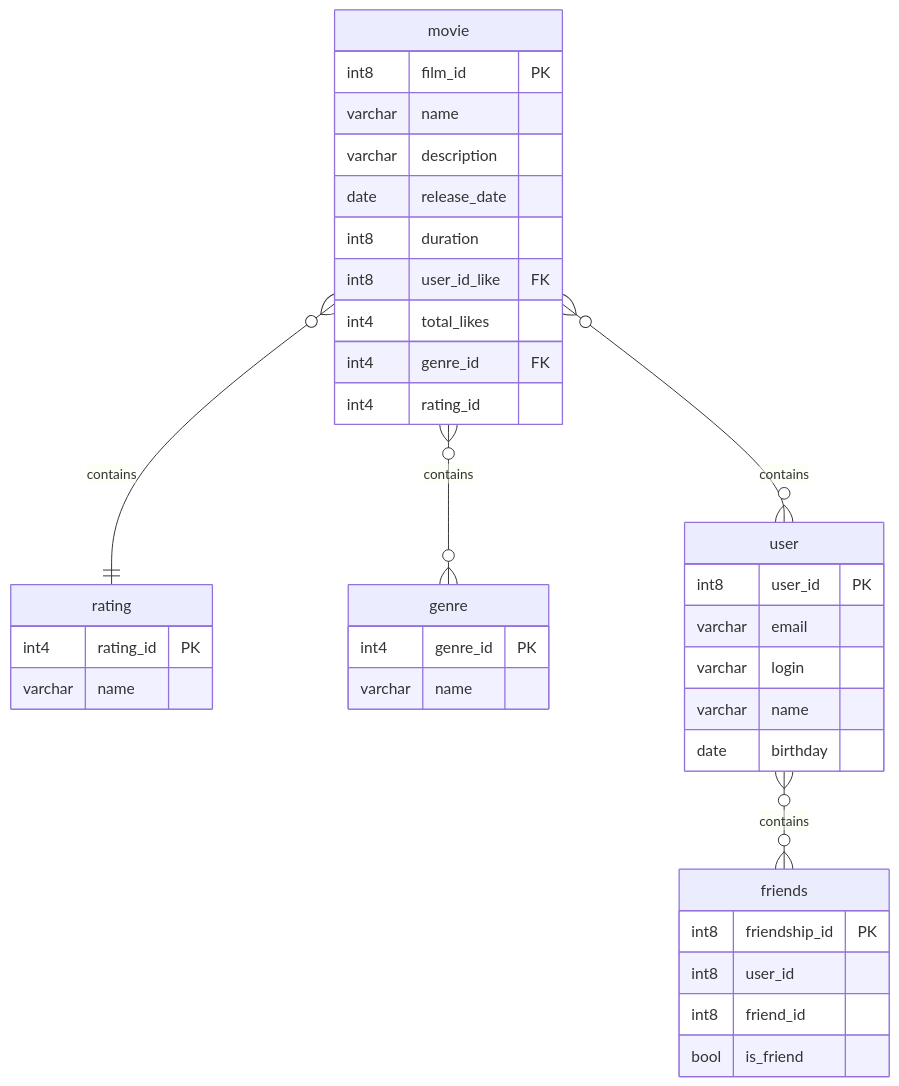
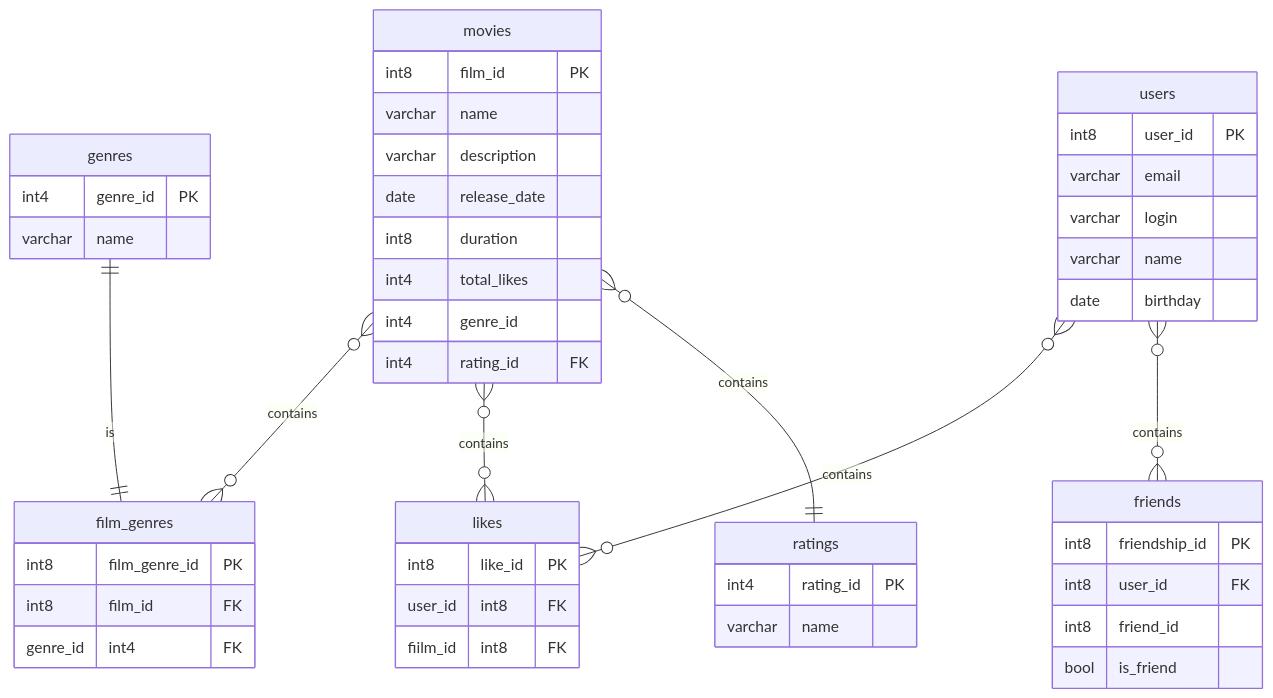
The diagram in README.md (MikeKotal/java-filmorate), drawn with Mermaid before and after one commit. The commit also changed other lines of this file, not shown here.

Commit message:
fixed ER-diagram #5

````diff
--- a/README.md
+++ b/README.md
@@ -20,44 +9,57 @@
 ```mermaid
 erDiagram
-    movie {
+    movies {
         int8 film_id PK
         varchar name
         varchar description
         date release_date
         int8 duration
-        int8 user_id_like FK
         int4 total_likes
-        int4 genre_id FK
-        int4 rating_id
+        int4 genre_id
+        int4 rating_id FK
     }
     
-    rating {
+    likes {
+        int8 like_id PK
+        user_id int8 FK
+        fiilm_id int8 FK
+    }
+    
+    ratings {
         int4 rating_id PK
         varchar name
     }
+
+    film_genres {
+        int8 film_genre_id PK
+        int8 film_id FK
+        genre_id int4 FK
+    }
     
-    genre {
+    genres {
         int4 genre_id PK
         varchar name
     }
-    user {
+    users {
         int8 user_id PK
         varchar email
         varchar login
         varchar name
         date birthday
     }
     
     friends {
         int8 friendship_id PK
-        int8 user_id
+        int8 user_id FK
         int8 friend_id
         bool is_friend
     }
     
-    movie }o--o{ genre : contains
-    movie }o--o{ user : contains
-    movie }o--|| rating : contains
-    user }o--o{ friends : contains
+    genres||--||film_genres: is
+    movies }o--o{ film_genres : contains
+    users }o--o{ likes : contains
+    movies }o--o{ likes : contains
+    movies }o--|| ratings : contains
+    users }o--o{ friends : contains
     
 ```
````
